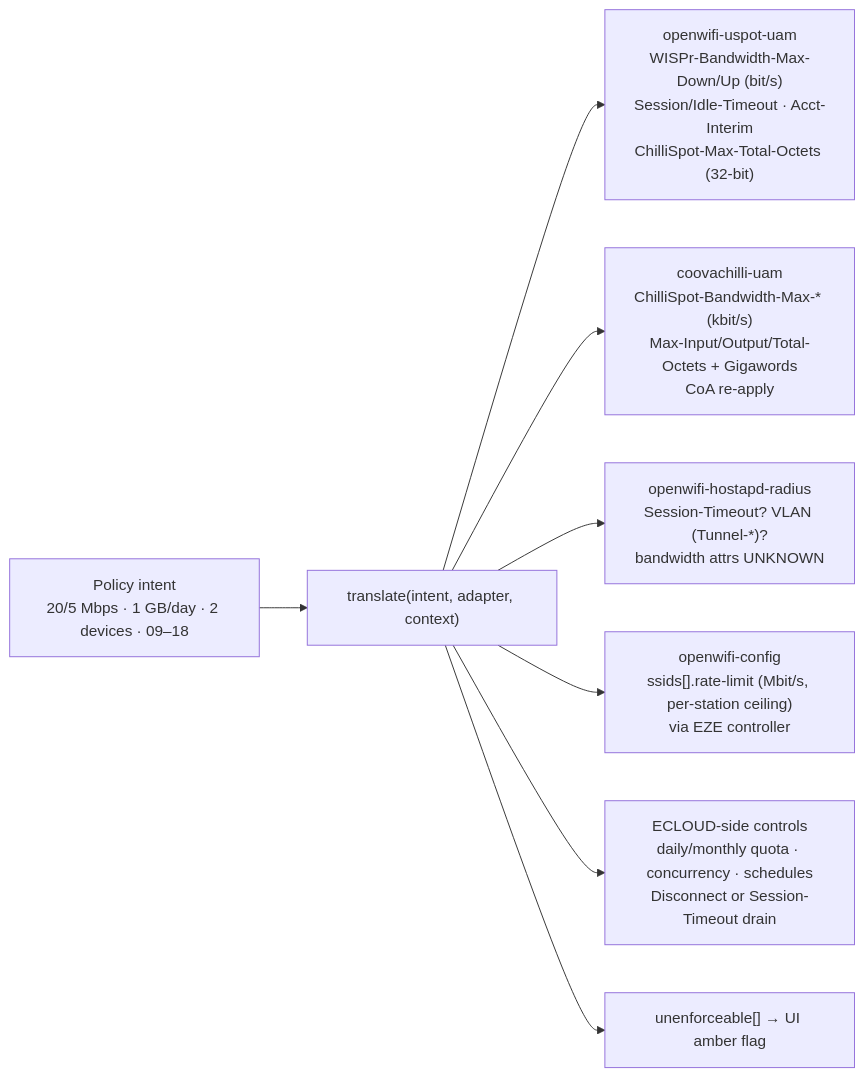
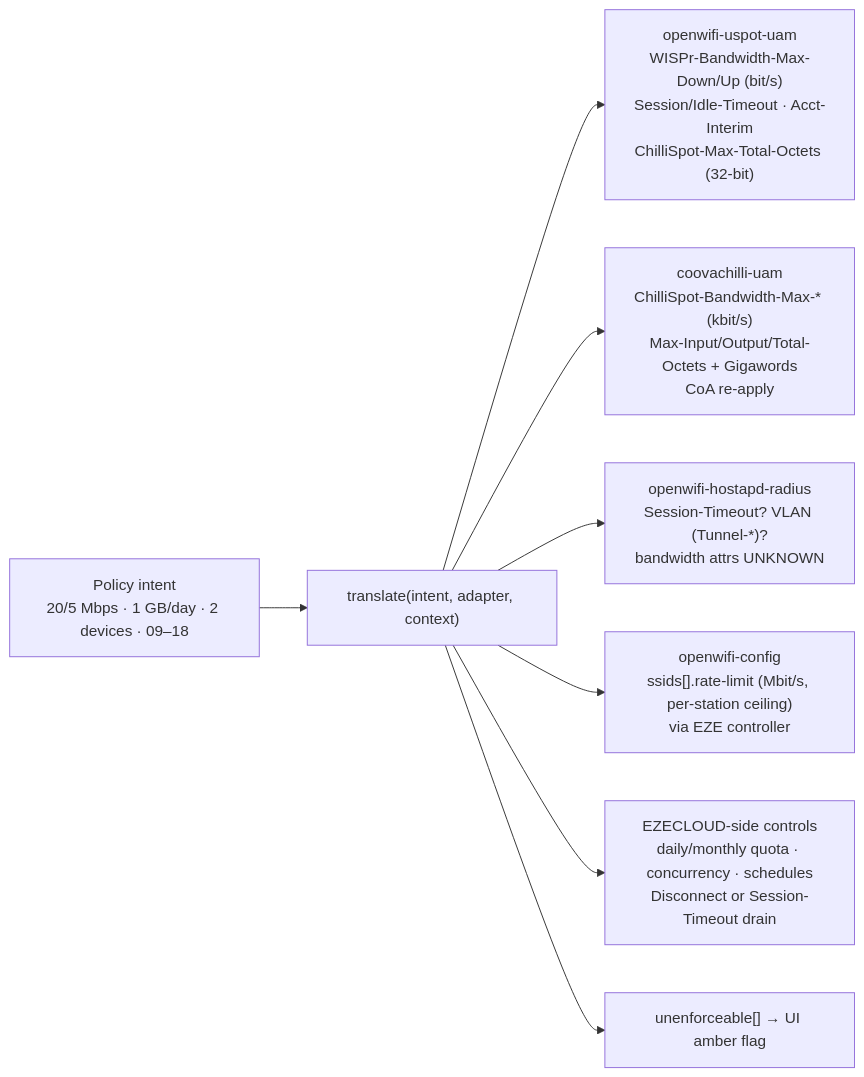
One commit to dannymagat/ecloud changed the third of 3 diagrams in TARGET_ARCHITECTURE.md. Above: the diagram before and after it, drawn with Mermaid. The commit also changed other lines of this file and 37 other files, not shown here.

First line of the commit message:
Rename prose "ECLOUD-<word>" compounds to EZECLOUD (ultrareview finding)

````diff
--- a/TARGET_ARCHITECTURE.md
+++ b/TARGET_ARCHITECTURE.md
@@ -110,10 +110,10 @@
 ```mermaid
 flowchart LR
   I["Policy intent\n20/5 Mbps · 1 GB/day · 2 devices · 09–18"] --> T["translate(intent, adapter, context)"]
   T --> P1["openwifi-uspot-uam\nWISPr-Bandwidth-Max-Down/Up (bit/s)\nSession/Idle-Timeout · Acct-Interim\nChilliSpot-Max-Total-Octets (32-bit)"]
   T --> P2["coovachilli-uam\nChilliSpot-Bandwidth-Max-* (kbit/s)\nMax-Input/Output/Total-Octets + Gigawords\nCoA re-apply"]
   T --> P3["openwifi-hostapd-radius\nSession-Timeout? VLAN (Tunnel-*)?\nbandwidth attrs UNKNOWN"]
   T --> P4["openwifi-config\nssids[].rate-limit (Mbit/s, per-station ceiling)\nvia EZE controller"]
-  T --> E["ECLOUD-side controls\ndaily/monthly quota · concurrency · schedules\nDisconnect or Session-Timeout drain"]
+  T --> E["EZECLOUD-side controls\ndaily/monthly quota · concurrency · schedules\nDisconnect or Session-Timeout drain"]
   T --> U["unenforceable[] → UI amber flag"]
 ```
````
